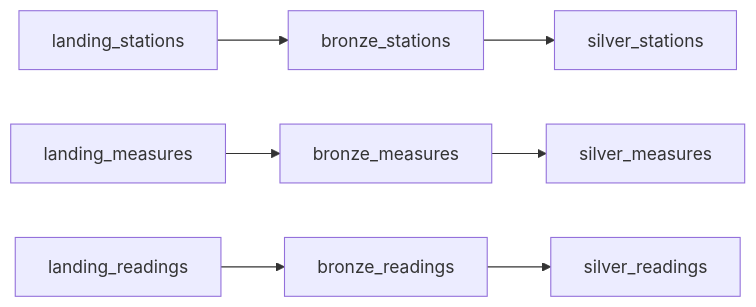
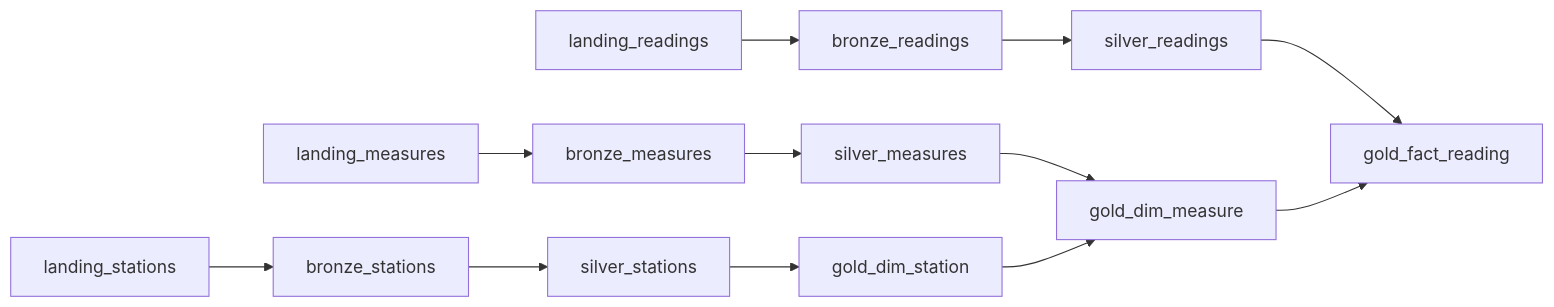
One commit to Fury0508/flood-monitoring-pipeline changed the diagram in README.md. Above: the diagram before and after it, drawn with Mermaid. The commit also changed other lines of this file and 5 other files, not shown here.

````diff
--- a/README.md
+++ b/README.md
@@ -37,6 +37,8 @@
 ```mermaid
 flowchart LR
-    ls[landing_stations] --> bs[bronze_stations] --> ss[silver_stations]
-    lm[landing_measures] --> bm[bronze_measures] --> sm[silver_measures]
-    lr[landing_readings] --> br[bronze_readings] --> sr[silver_readings]
+    ls[landing_stations] --> bs[bronze_stations] --> ss[silver_stations] --> gs[gold_dim_station]
+    lm[landing_measures] --> bm[bronze_measures] --> sm[silver_measures] --> gm[gold_dim_measure]
+    lr[landing_readings] --> br[bronze_readings] --> sr[silver_readings] --> gf[gold_fact_reading]
+    gs --> gm
+    gm --> gf
 ```
````
